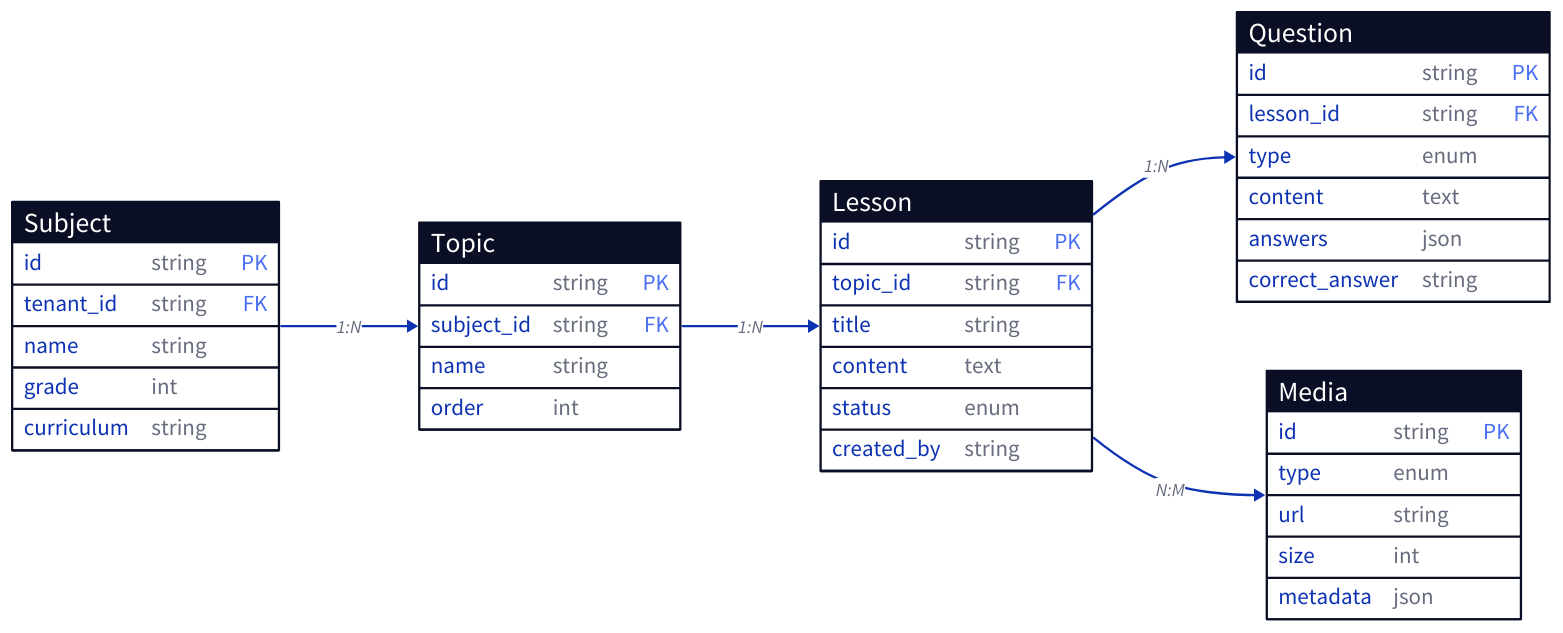
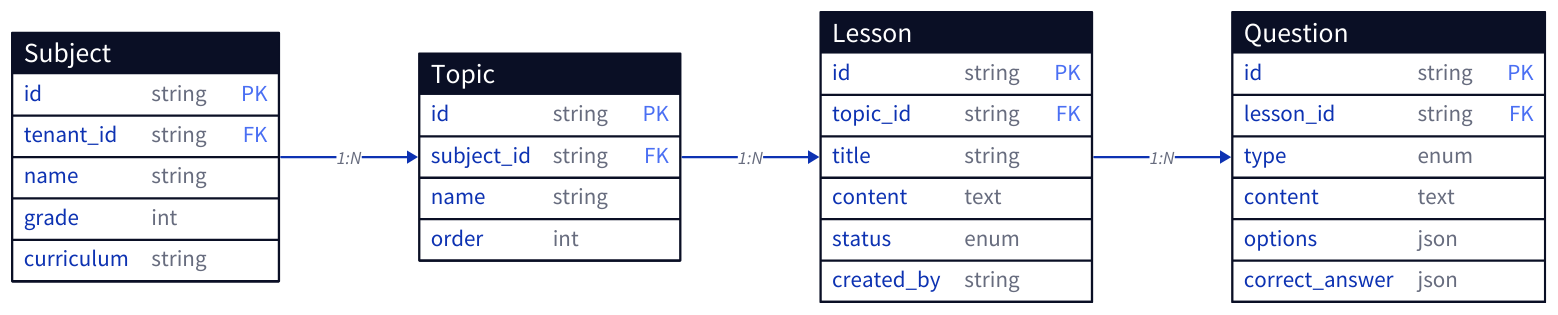
The sixth of 6 diagrams in spec/modules/content.md (philongdanh/lms), drawn with D2 before and after one commit. The commit also changed 100 other files, not shown here.

````diff
--- a/spec/modules/content.md
+++ b/spec/modules/content.md
@@ -137,54 +137,44 @@
 ```d2
 direction: right
 
 Subject: {
   shape: sql_table
   id: string {constraint: primary_key}
   tenant_id: string {constraint: foreign_key}
   name: string
   grade: int
   curriculum: string
 }
 
 Topic: {
   shape: sql_table
   id: string {constraint: primary_key}
   subject_id: string {constraint: foreign_key}
   name: string
   order: int
 }
 
 Lesson: {
   shape: sql_table
   id: string {constraint: primary_key}
   topic_id: string {constraint: foreign_key}
   title: string
   content: text
   status: enum
   created_by: string
 }
 
 Question: {
   shape: sql_table
   id: string {constraint: primary_key}
   lesson_id: string {constraint: foreign_key}
   type: enum
   content: text
-  answers: json
-  correct_answer: string
-}
-
-Media: {
-  shape: sql_table
-  id: string {constraint: primary_key}
-  type: enum
-  url: string
-  size: int
-  metadata: json
+  options: json
+  correct_answer: json
 }
 
 Subject -> Topic: 1:N
 Topic -> Lesson: 1:N
 Lesson -> Question: 1:N
-Lesson -> Media: N:M
 ```
````
